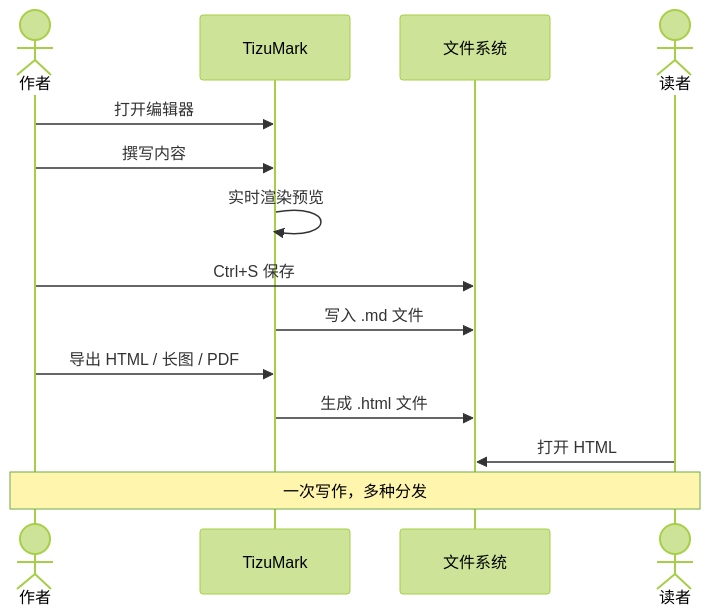
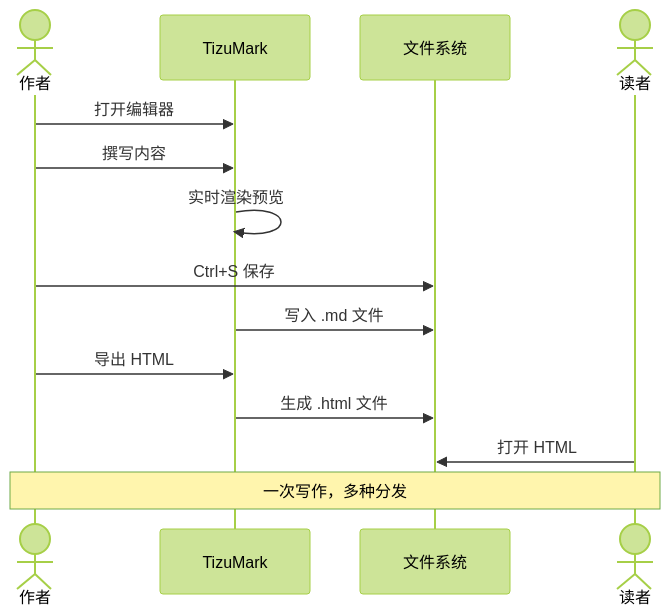
Before and after one commit to tizuio/TizuMark: the second of 10 diagrams in src/demo.md, drawn with Mermaid (forest theme). The commit also changed other lines of this file and 19 other files, not shown here.

First line of the commit message:
docs: 全面刷新文档与 README，修正 demo.md 准确性，添加 12 张命名截图

````diff
--- a/src/demo.md
+++ b/src/demo.md
@@ -378,17 +438,17 @@
 ```mermaid
 sequenceDiagram
     actor 作者
     participant TizuMark
     participant 文件系统
     actor 读者
 
     作者->>TizuMark: 打开编辑器
     作者->>TizuMark: 撰写内容
     TizuMark->>TizuMark: 实时渲染预览
     作者->>文件系统: Ctrl+S 保存
     TizuMark->>文件系统: 写入 .md 文件
-    作者->>TizuMark: 导出 HTML / 长图 / PDF
+    作者->>TizuMark: 导出 HTML
     TizuMark->>文件系统: 生成 .html 文件
     读者->>文件系统: 打开 HTML
     Note over 作者,读者: 一次写作，多种分发
 ```
````
